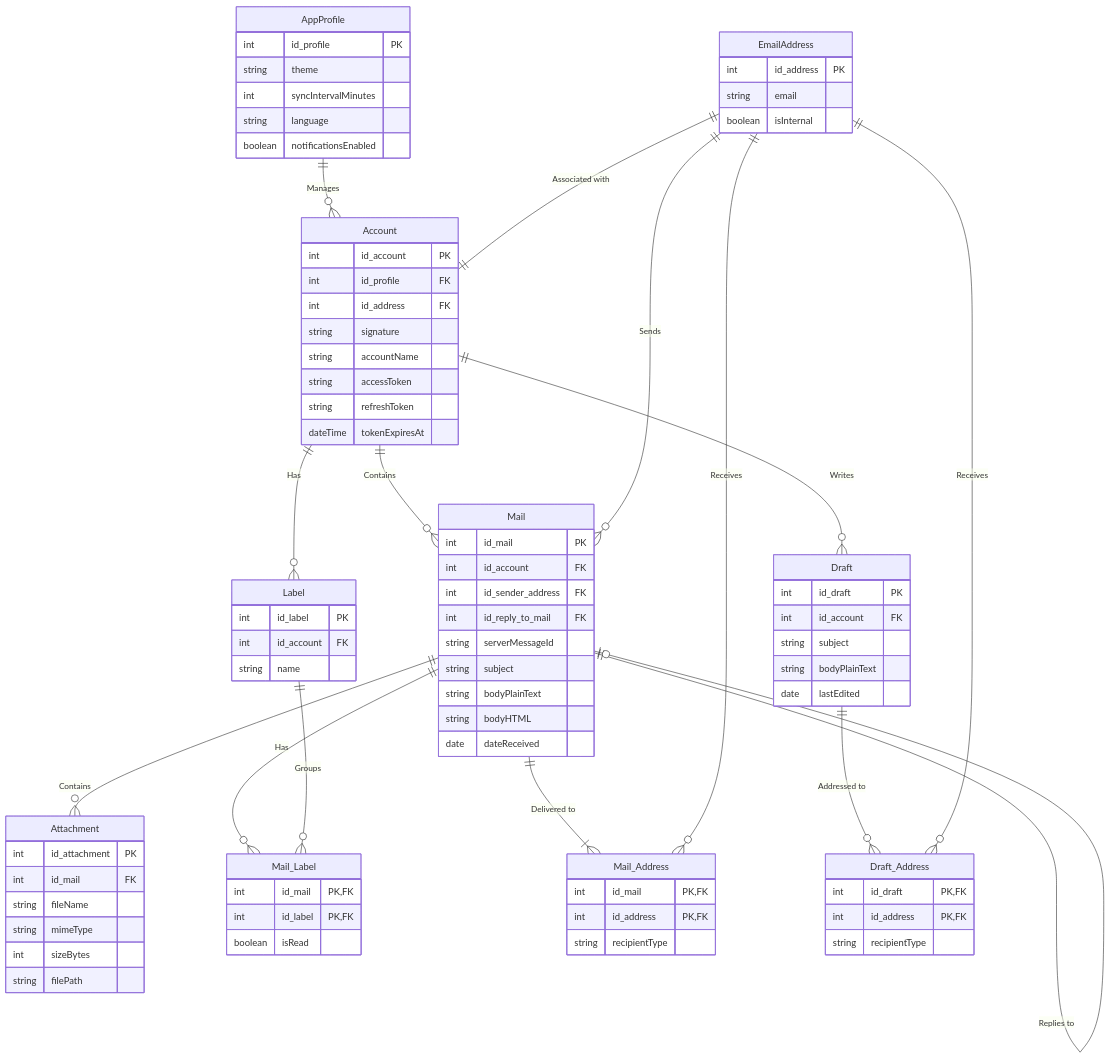
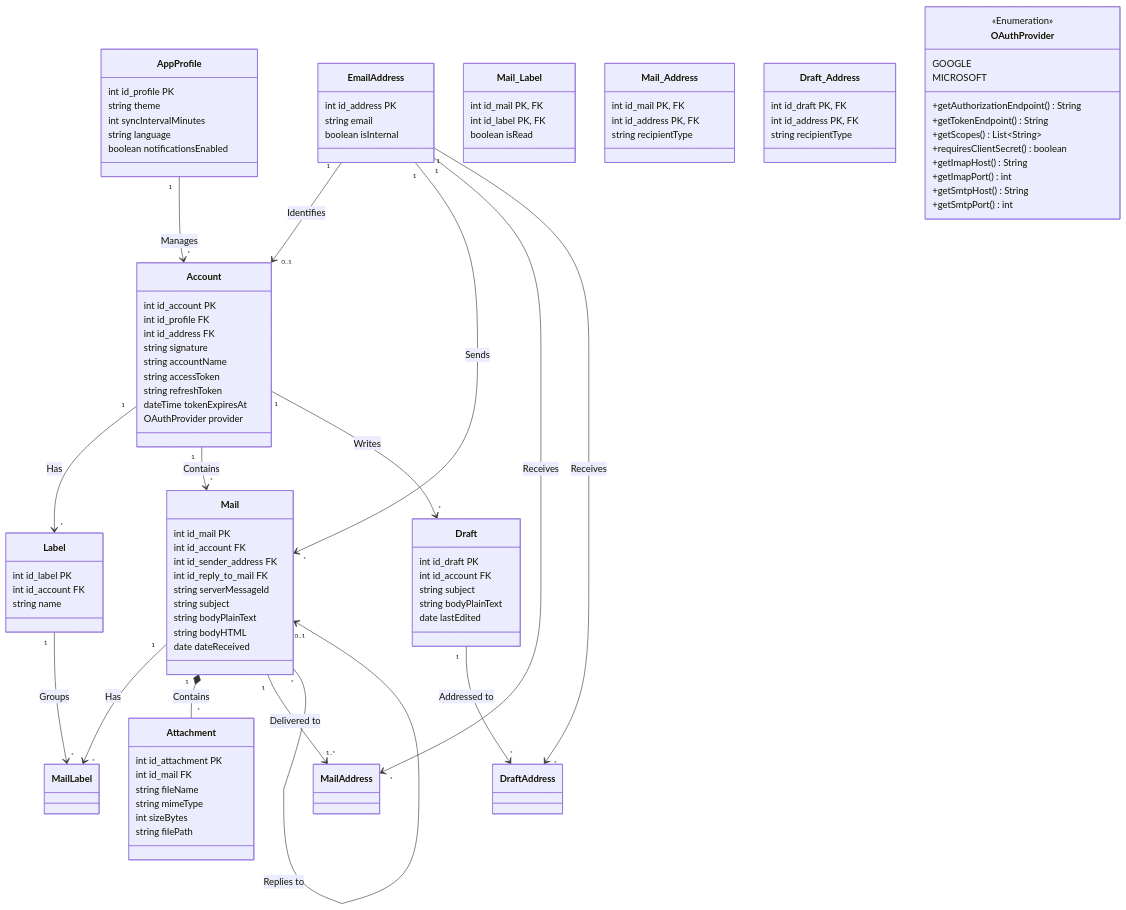
One commit to JuanPablo72000/evermail changed the diagram in docs/diagrams/uml-model.md. Above: the diagram before and after it, drawn with Mermaid. The commit also changed 20 other files, not shown here.

````diff
--- a/docs/diagrams/uml-model.md
+++ b/docs/diagrams/uml-model.md
@@ -1,6 +1,6 @@
 ```mermaid
-erDiagram
-    Account {
+classDiagram
+    class Account {
         int id_account PK
         int id_profile FK
         int id_address FK
@@ -9,9 +9,10 @@
         string accessToken
         string refreshToken
         dateTime tokenExpiresAt
+        OAuthProvider provider
     }
 
-    AppProfile {
+    class AppProfile {
         int id_profile PK
         string theme
         int syncIntervalMinutes
@@ -19,13 +20,13 @@
         boolean notificationsEnabled
     }
 
-    EmailAddress {
+    class EmailAddress {
         int id_address PK
         string email
         boolean isInternal
     }
 
-    Mail {
+    class Mail {
 	    int id_mail PK
 	    int id_account FK
 	    int id_sender_address FK
@@ -37,7 +38,7 @@
 	    date dateReceived
 	}
 
-    Draft {
+    class Draft {
         int id_draft PK
         int id_account FK
         string subject
@@ -45,7 +46,7 @@
         date lastEdited
     }
 
-    Attachment {
+    class Attachment {
         int id_attachment PK
         int id_mail FK
         string fileName
@@ -54,43 +55,57 @@
         string filePath
     }
 
-    Label {
+    class Label {
         int id_label PK
         int id_account FK
         string name
     }
 
-    Mail_Label {
+    class Mail_Label {
         int id_mail PK, FK
         int id_label PK, FK
         boolean isRead
     }
 
-    Mail_Address {
+    class Mail_Address {
         int id_mail PK, FK
         int id_address PK, FK
         string recipientType 
     }
 
-    Draft_Address {
+    class Draft_Address {
         int id_draft PK, FK
         int id_address PK, FK
         string recipientType
     }
 
+    class OAuthProvider {
+        <<Enumeration>>
+        GOOGLE
+        MICROSOFT
+        +getAuthorizationEndpoint() String
+        +getTokenEndpoint() String
+        +getScopes() List~String~
+        +requiresClientSecret() boolean
+        +getImapHost() String
+        +getImapPort() int
+        +getSmtpHost() String
+        +getSmtpPort() int
+    }
+
     %% Relations
-    AppProfile ||--o{ Account : "Manages"
-    EmailAddress ||--|| Account : "Associated with"
-    Account ||--o{ Label : "Has"
-    Mail ||--o{ Mail_Label : "Has"
-    Label ||--o{ Mail_Label : "Groups"
-    Mail ||--o{ Attachment : "Contains"
-    Mail ||--|{ Mail_Address : "Delivered to"
-    EmailAddress ||--o{ Mail_Address : "Receives"
-    Account ||--o{ Mail : "Contains" 
-    EmailAddress ||--o{ Mail : "Sends" 
-    Mail ||--o| Mail : "Replies to"
-    Account ||--o{ Draft : "Writes"
-    Draft ||--o{ Draft_Address : "Addressed to"
-    EmailAddress ||--o{ Draft_Address : "Receives"
+    AppProfile "1" --> "*" Account : Manages
+    EmailAddress "1" --> "0..1" Account : Identifies
+    Account "1" --> "*" Label : Has
+    Account "1" --> "*" Mail : Contains
+    Account "1" --> "*" Draft : Writes
+    EmailAddress "1" --> "*" Mail : Sends
+    Mail "1" --> "*" MailLabel : Has
+    Label "1" --> "*" MailLabel : Groups
+    Mail "1" *-- "*" Attachment : Contains
+    Mail "1" --> "1..*" MailAddress : Delivered to
+    EmailAddress "1" --> "*" MailAddress : Receives
+    Mail "*" --> "0..1" Mail : Replies to
+    Draft "1" --> "*" DraftAddress : Addressed to
+    EmailAddress "1" --> "*" DraftAddress : Receives
 ```
````
